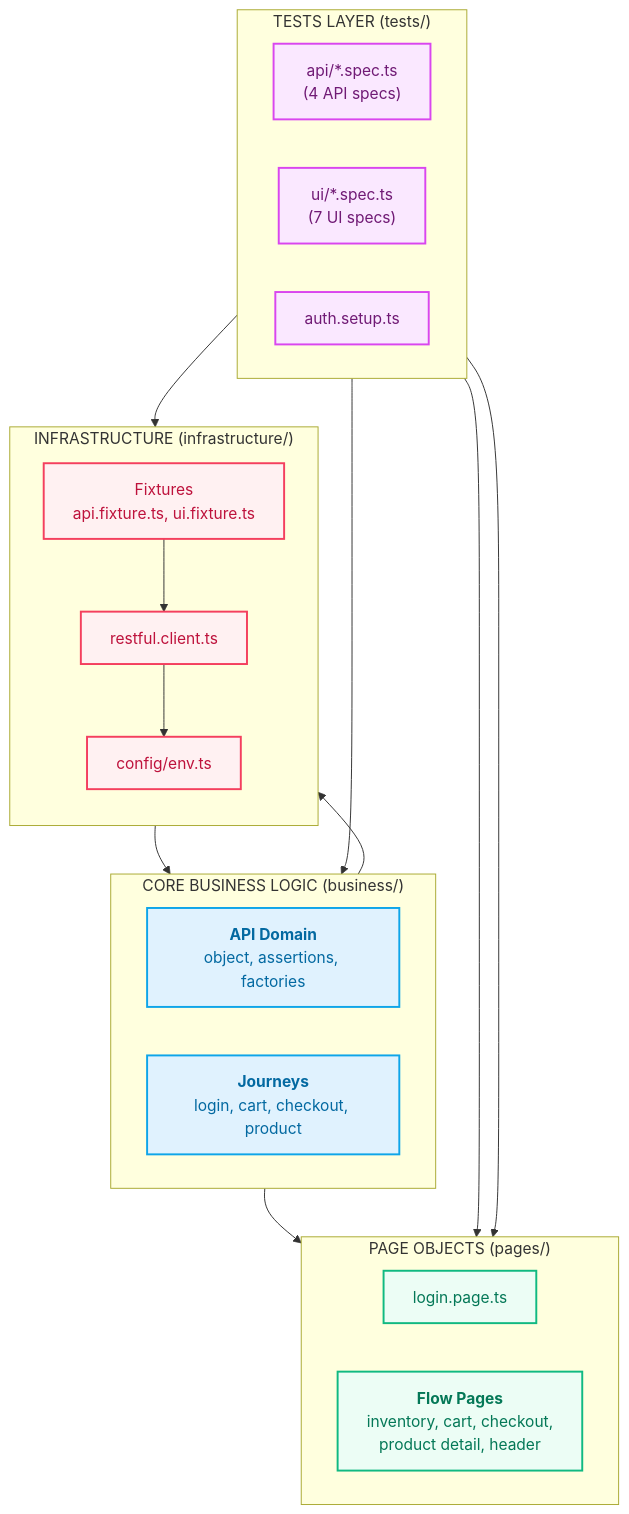
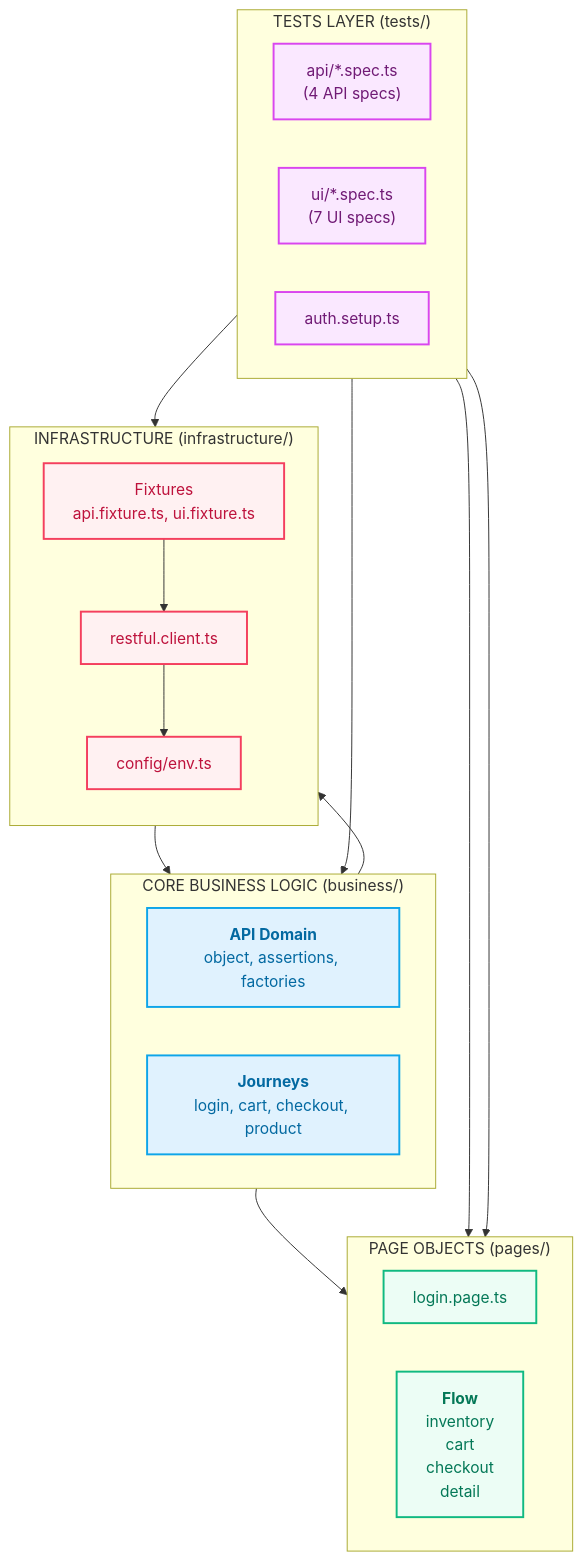
One commit to roman-pinchuk/awesome-pw-template changed the diagram in README.md. Above: the diagram before and after it, drawn with Mermaid. The commit also changed other lines of this file and 25 other files, not shown here.

Commit message:
docs: add architecture-level JSDoc to exported automation seams

````diff
--- a/README.md
+++ b/README.md
@@ -21,52 +23,52 @@
 ```mermaid
 flowchart TB
     classDef testStyle fill:#fae8ff,stroke:#d946ef,stroke-width:2px,color:#701a75;
     classDef bizStyle fill:#e0f2fe,stroke:#0ea5e9,stroke-width:2px,color:#0369a1;
     classDef pageStyle fill:#ecfdf5,stroke:#10b981,stroke-width:2px,color:#047857;
     classDef infraStyle fill:#fff1f2,stroke:#f43f5e,stroke-width:2px,color:#be123c;
 
     subgraph testSuite["TESTS LAYER (tests/)"]
         direction LR
         api_specs["api/*.spec.ts<br/>(4 API specs)"]
         ui_specs["ui/*.spec.ts<br/>(7 UI specs)"]
         auth["auth.setup.ts"]
     end
 
     subgraph domain["CORE BUSINESS LOGIC (business/)"]
         direction LR
         api_logic["<b>API Domain</b><br/>object, assertions, factories"]
         journeys["<b>Journeys</b><br/>login, cart, checkout, product"]
     end
 
     subgraph pageLayer["PAGE OBJECTS (pages/)"]
         direction LR
         login_p["login.page.ts"]
-        pages["<b>Flow Pages</b><br/>inventory, cart, checkout,<br/>product detail, header"]
+        flow_p["<b>Flow</b><br/>inventory<br/>cart<br/>checkout<br/>detail"]
     end
 
     subgraph infrastructure["INFRASTRUCTURE (infrastructure/)"]
         direction TB
         fixtures["Fixtures<br/>api.fixture.ts, ui.fixture.ts"]
         client["restful.client.ts"]
         env["config/env.ts"]
     end
 
     api_specs --> fixtures
     fixtures --> api_logic
     fixtures --> client
     client --> env
     api_logic --> client
     ui_specs --> journeys
     journeys --> pageLayer
     ui_specs --> pageLayer
     auth --> login_p
 
     testSuite ~~~ infrastructure
     infrastructure ~~~ domain
     domain ~~~ pageLayer
 
     class auth,ui_specs,api_specs testStyle;
     class journeys,api_logic bizStyle;
-    class login_p,pages pageStyle;
+    class login_p,flow_p pageStyle;
     class fixtures,client,env infraStyle;
 ```
````
